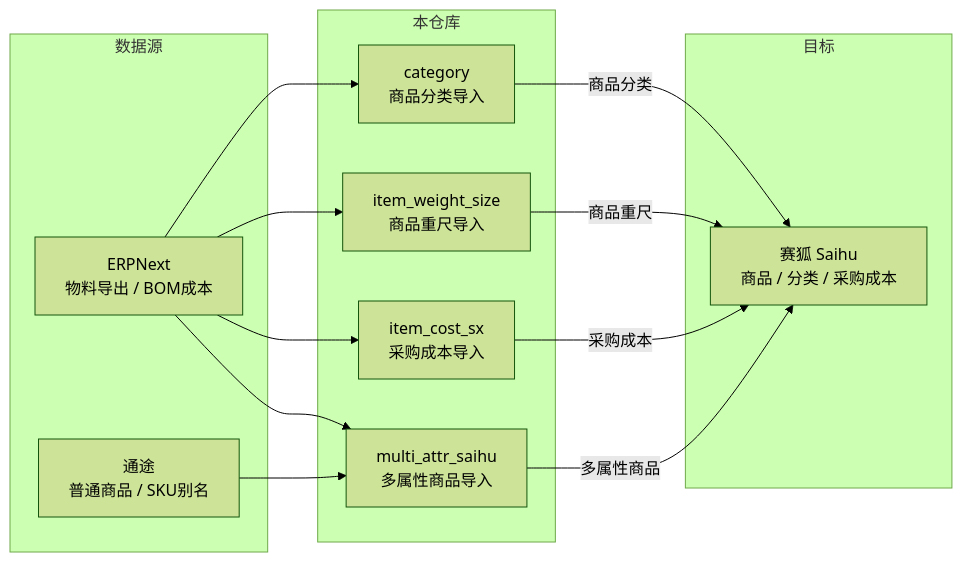
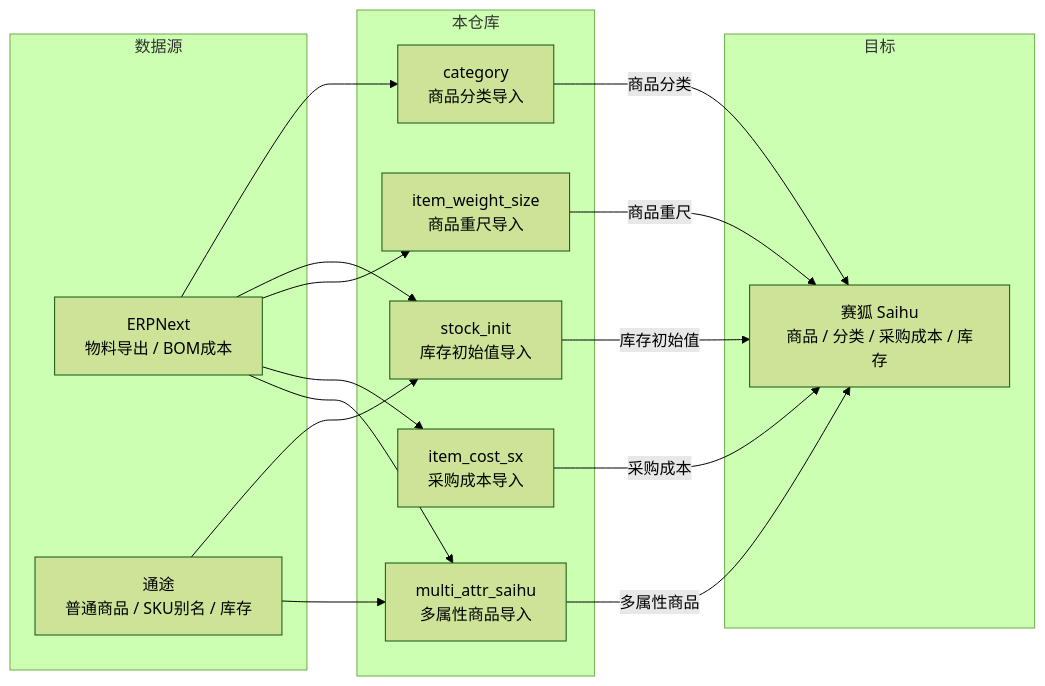
One commit to keyapi/fzh-data changed the diagram in README.md. Above: the diagram before and after it, drawn with Mermaid (forest theme). The commit also changed other lines of this file and 1 other file, not shown here.

First line of the commit message:
docs: master→main 迁移 + README 补齐 stock_init 模块

````diff
--- a/README.md
+++ b/README.md
@@ -7,28 +7,32 @@
 ```mermaid
 flowchart LR
     subgraph 数据源
         en[ERPNext<br/>物料导出 / BOM成本]
-        tt[通途<br/>普通商品 / SKU别名]
+        tt[通途<br/>普通商品 / SKU别名 / 库存]
     end
 
     subgraph 本仓库
         ma[multi_attr_saihu<br/>多属性商品导入]
         ct[category<br/>商品分类导入]
         ic[item_cost_sx<br/>采购成本导入]
         sw[item_weight_size<br/>商品重尺导入]
+        si[stock_init<br/>库存初始值导入]
     end
 
     subgraph 目标
-        sai[赛狐 Saihu<br/>商品 / 分类 / 采购成本]
+        sai[赛狐 Saihu<br/>商品 / 分类 / 采购成本 / 库存]
     end
 
     en --> ma
     en --> ic
     en --> sw
+    en --> si
     tt --> ma
+    tt --> si
     ma -->|多属性商品| sai
     en --> ct
     ct -->|商品分类| sai
     ic -->|采购成本| sai
     sw -->|商品重尺| sai
+    si -->|库存初始值| sai
 ```
````
